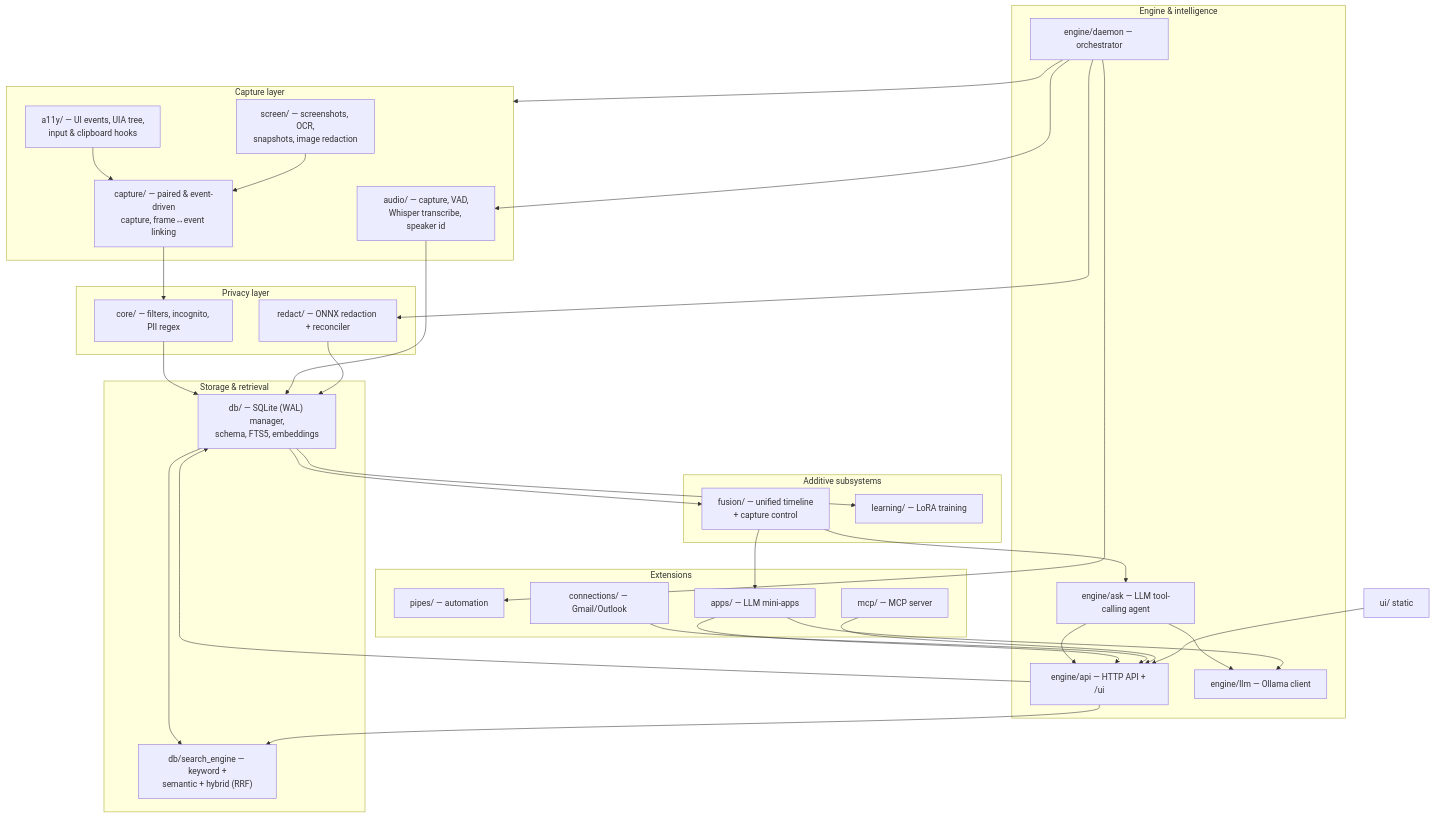
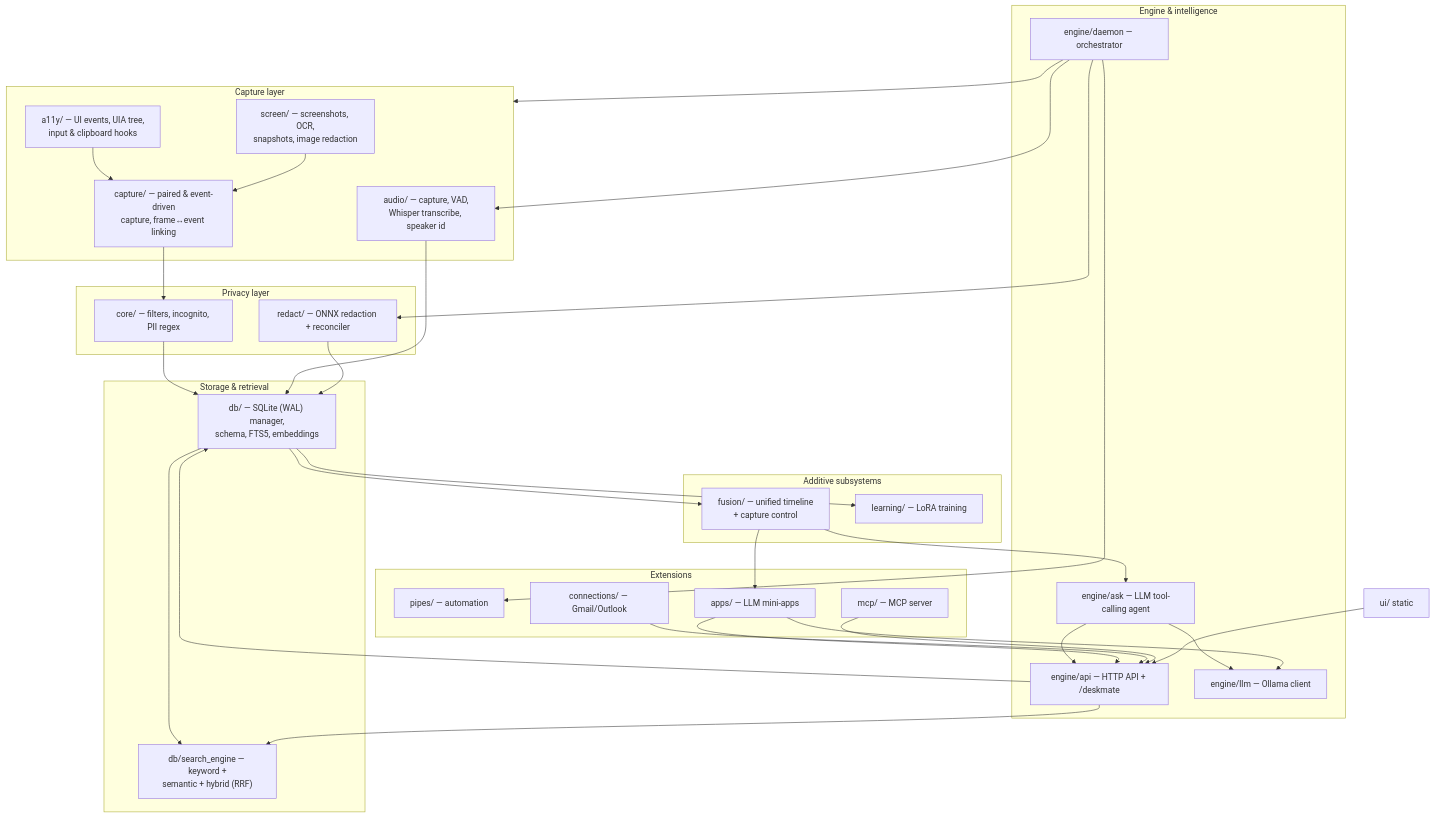
Before and after one commit to zhaohb/deskmate: the diagram in docs/README.md, drawn with Mermaid. The commit also changed other lines of this file and 23 other files, not shown here.

````diff
--- a/docs/README.md
+++ b/docs/README.md
@@ -15,62 +15,62 @@
 ```mermaid
 flowchart TB
     subgraph Capture["Capture layer"]
         A11Y["a11y/ — UI events, UIA tree,<br/>input & clipboard hooks"]
         SCREEN["screen/ — screenshots, OCR,<br/>snapshots, image redaction"]
         CAP["capture/ — paired & event-driven<br/>capture, frame↔event linking"]
         AUDIO["audio/ — capture, VAD,<br/>Whisper transcribe, speaker id"]
     end
 
     subgraph Privacy["Privacy layer"]
         CORE["core/ — filters, incognito, PII regex"]
         REDACT["redact/ — ONNX redaction + reconciler"]
     end
 
     subgraph Storage["Storage & retrieval"]
         DB["db/ — SQLite (WAL) manager,<br/>schema, FTS5, embeddings"]
         SEARCH["db/search_engine — keyword +<br/>semantic + hybrid (RRF)"]
     end
 
     subgraph Intelligence["Engine & intelligence"]
         DAEMON["engine/daemon — orchestrator"]
-        API["engine/api — HTTP API + /ui"]
+        API["engine/api — HTTP API + /deskmate"]
         ASK["engine/ask — LLM tool-calling agent"]
         LLM["engine/llm — Ollama client"]
     end
 
     subgraph Extend["Extensions"]
         PIPES["pipes/ — automation"]
         APPS["apps/ — LLM mini-apps"]
         CONN["connections/ — Gmail/Outlook"]
         MCP["mcp/ — MCP server"]
     end
 
     subgraph Additive["Additive subsystems"]
         FUSE["fusion/ — unified timeline<br/>+ capture control"]
         LEARN["learning/ — LoRA training"]
     end
 
     A11Y --> CAP
     SCREEN --> CAP
     CAP --> CORE --> DB
     AUDIO --> DB
     REDACT --> DB
     DB --> SEARCH
     DAEMON --> Capture
     DAEMON --> AUDIO
     DAEMON --> REDACT
     DAEMON --> PIPES
     API --> DB
     API --> SEARCH
     ASK --> API
     ASK --> LLM
     APPS --> API
     APPS --> LLM
     CONN --> API
     MCP --> API
     UI["ui/ static"] --> API
     DB --> FUSE
     FUSE --> ASK
     FUSE --> APPS
     DB --> LEARN
 ```
````
